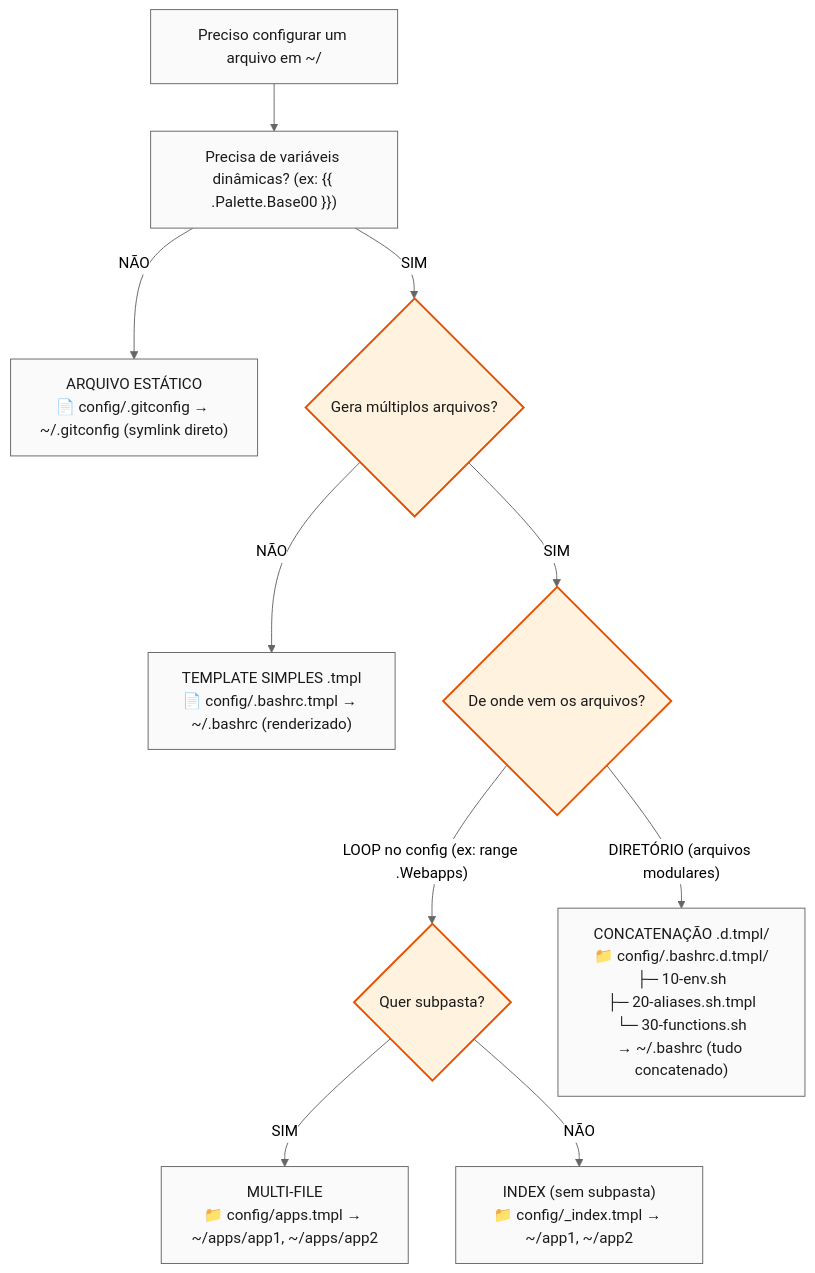
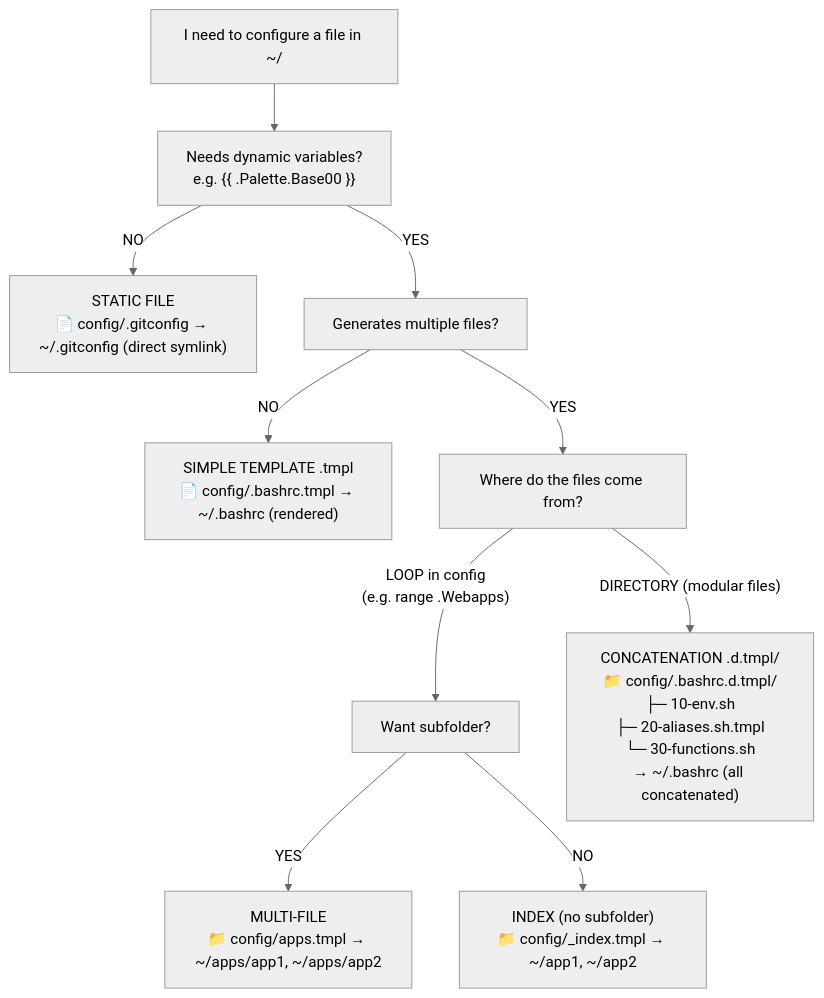
Before and after one commit to lucasew/workspaced: the diagram in TEMPLATES.md, drawn with Mermaid. The commit also changed other lines of this file, not shown here.

````diff
--- a/TEMPLATES.md
+++ b/TEMPLATES.md
@@ -5,26 +5,22 @@
 ```mermaid
 %%{init: {"theme": "neutral"}}%%
 flowchart TD
-    Start["Preciso configurar um arquivo em ~/"] --> Q1["Precisa de variáveis dinâmicas? (ex: {{ .Palette.Base00 }})"]
+    Start["I need to configure a file in ~/"] --> Q1["Needs dynamic variables?<br/>e.g. {{ .Palette.Base00 }}"]
 
-    Q1 -- NÃO --> Static["ARQUIVO ESTÁTICO<br/>📄 config/.gitconfig → ~/.gitconfig (symlink direto)"]
+    Q1 -- NO --> Static["STATIC FILE<br/>📄 config/.gitconfig → ~/.gitconfig (direct symlink)"]
 
-    Q1 -- SIM --> Q2{Gera múltiplos arquivos?}
+    Q1 -- YES --> Q2["Generates multiple files?"]
 
-    Q2 -- NÃO --> Simple["TEMPLATE SIMPLES .tmpl<br/>📄 config/.bashrc.tmpl → ~/.bashrc (renderizado)"]
+    Q2 -- NO --> Simple["SIMPLE TEMPLATE .tmpl<br/>📄 config/.bashrc.tmpl → ~/.bashrc (rendered)"]
 
-    Q2 -- SIM --> Q3{De onde vem os arquivos?}
+    Q2 -- YES --> Q3["Where do the files come from?"]
 
-    Q3 -- "LOOP no config (ex: range .Webapps)" --> Q4{Quer subpasta?}
+    Q3 -- "LOOP in config<br/>(e.g. range .Webapps)" --> Q4["Want subfolder?"]
 
-    Q4 -- SIM --> Multi["MULTI-FILE<br/>📁 config/apps.tmpl → ~/apps/app1, ~/apps/app2"]
+    Q4 -- YES --> Multi["MULTI-FILE<br/>📁 config/apps.tmpl → ~/apps/app1, ~/apps/app2"]
 
-    Q4 -- NÃO --> Index["INDEX (sem subpasta)<br/>📁 config/_index.tmpl → ~/app1, ~/app2"]
+    Q4 -- NO --> Index["INDEX (no subfolder)<br/>📁 config/_index.tmpl → ~/app1, ~/app2"]
 
-    Q3 -- "DIRETÓRIO (arquivos modulares)" --> Concat["CONCATENAÇÃO .d.tmpl/<br/>📁 config/.bashrc.d.tmpl/<br/>├─ 10-env.sh<br/>├─ 20-aliases.sh.tmpl<br/>└─ 30-functions.sh<br/>→ ~/.bashrc (tudo concatenado)"]
+    Q3 -- "DIRECTORY (modular files)" --> Concat["CONCATENATION .d.tmpl/<br/>📁 config/.bashrc.d.tmpl/<br/>├─ 10-env.sh<br/>├─ 20-aliases.sh.tmpl<br/>└─ 30-functions.sh<br/>→ ~/.bashrc (all concatenated)"]
 
-    classDef node fill:#fafafa,color:#1a1a1a,stroke:#666666,stroke-width:1px
-    classDef decision fill:#fff3e0,color:#1a1a1a,stroke:#e65100,stroke-width:2px
-    class Start,Q1,Q2,Q3,Q4,Static,Simple,Multi,Index,Concat node
-    class Q2,Q3,Q4 decision
 ```
````
